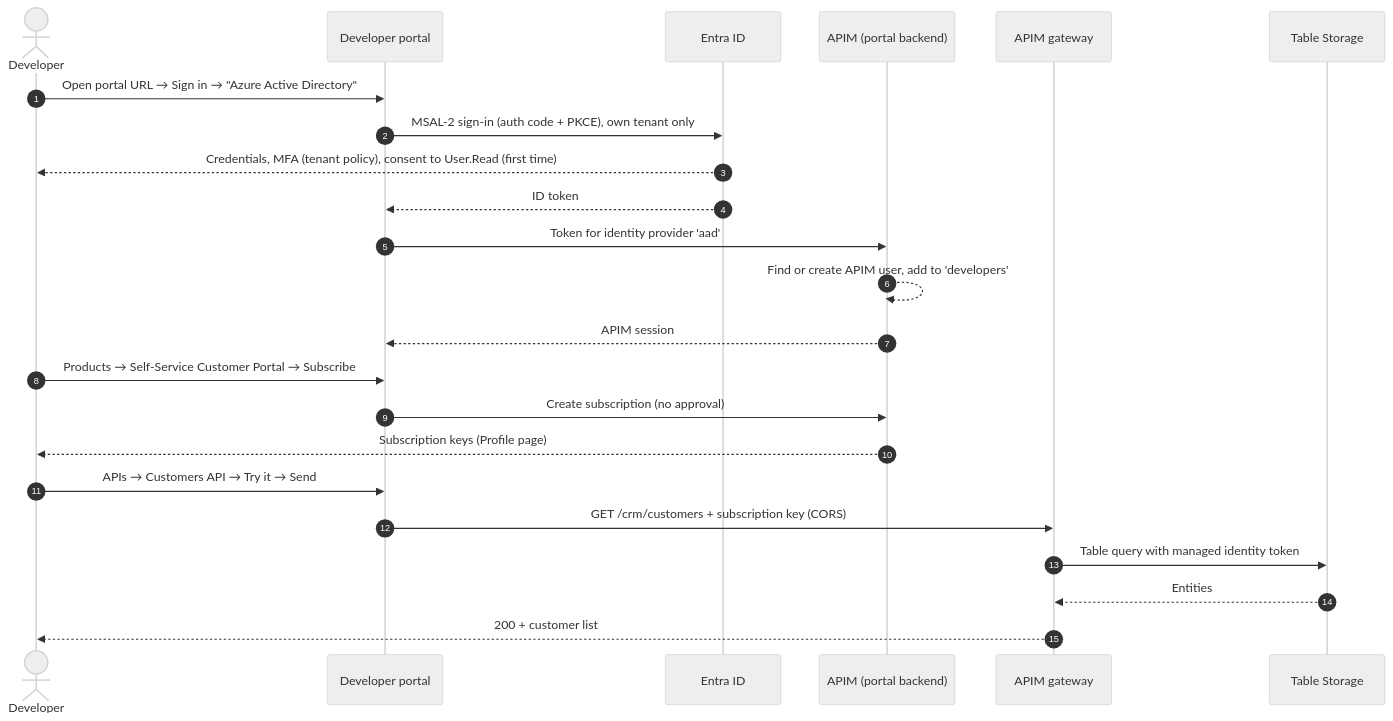
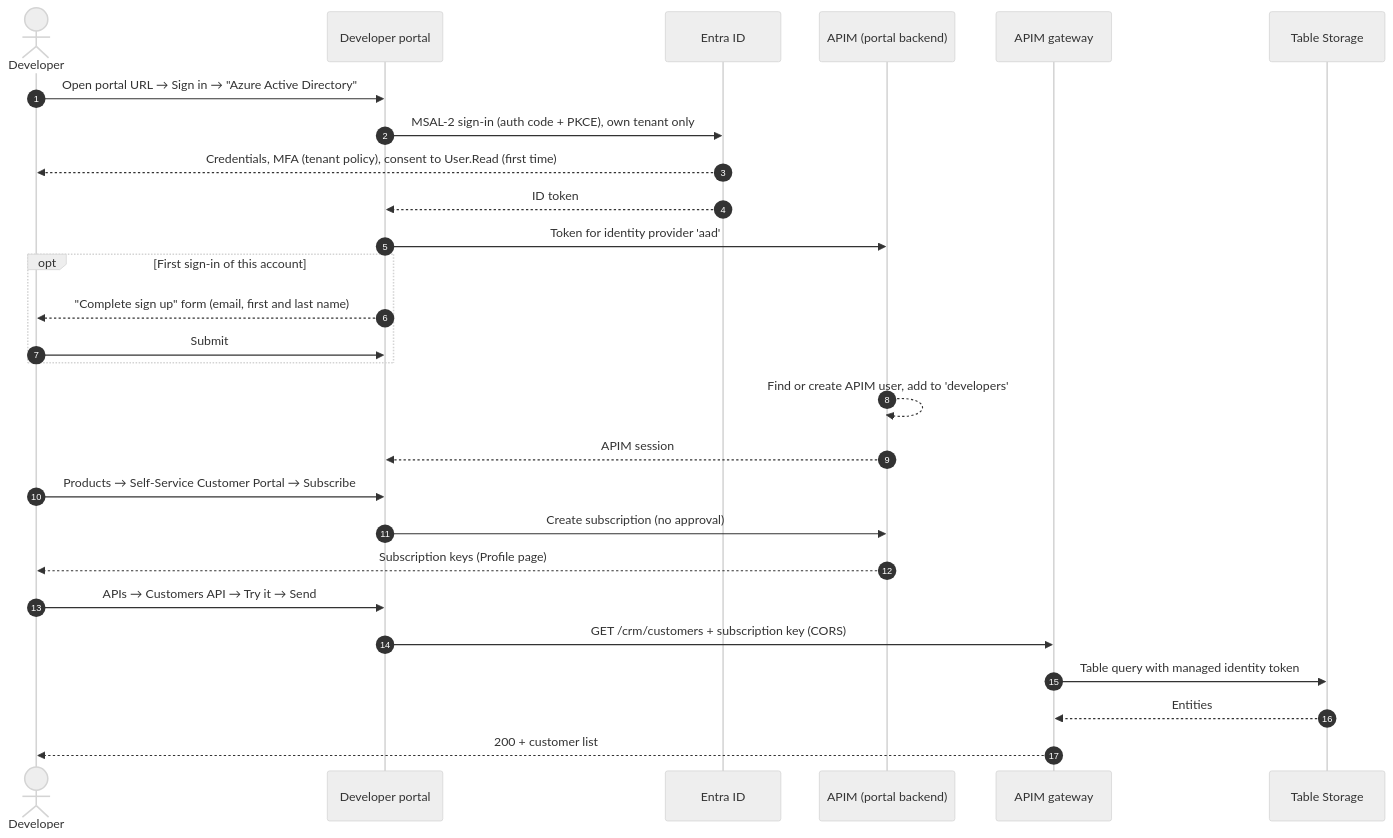
Before and after one commit to AlexanderRengers/apim-dev-portal: the sixth of 6 diagrams in docs/developer-portal.md, drawn with Mermaid (neutral theme). The commit also changed other lines of this file and 1 other file, not shown here.

Commit message:
Request optional email claim for the portal sign-up form; document first sign-in

````diff
--- a/docs/developer-portal.md
+++ b/docs/developer-portal.md
@@ -259,26 +259,30 @@
 ```mermaid
 sequenceDiagram
   autonumber
   actor Dev as Developer
   participant Portal as Developer portal
   participant Entra as Entra ID
   participant APIM as APIM (portal backend)
   participant GW as APIM gateway
   participant TS as Table Storage
 
   Dev->>Portal: Open portal URL → Sign in → "Azure Active Directory"
   Portal->>Entra: MSAL-2 sign-in (auth code + PKCE), own tenant only
   Entra-->>Dev: Credentials, MFA (tenant policy), consent to User.Read (first time)
   Entra-->>Portal: ID token
   Portal->>APIM: Token for identity provider 'aad'
+  opt First sign-in of this account
+    Portal-->>Dev: "Complete sign up" form (email, first and last name)
+    Dev->>Portal: Submit
+  end
   APIM-->>APIM: Find or create APIM user, add to 'developers'
   APIM-->>Portal: APIM session
   Dev->>Portal: Products → Self-Service Customer Portal → Subscribe
   Portal->>APIM: Create subscription (no approval)
   APIM-->>Dev: Subscription keys (Profile page)
   Dev->>Portal: APIs → Customers API → Try it → Send
   Portal->>GW: GET /crm/customers + subscription key (CORS)
   GW->>TS: Table query with managed identity token
   TS-->>GW: Entities
   GW-->>Dev: 200 + customer list
 ```
````
